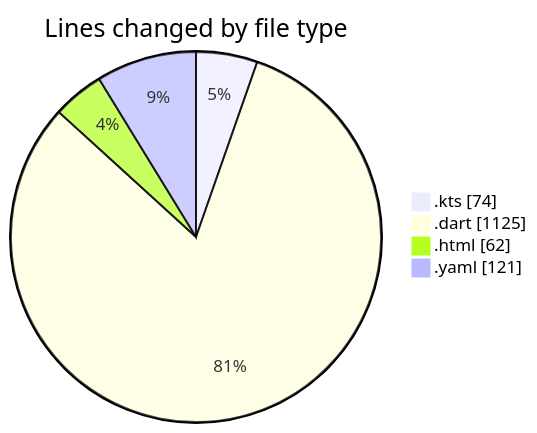
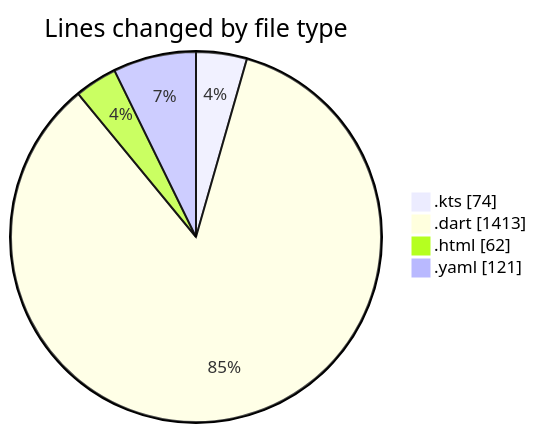
Before and after one commit to lephambinh05/code-tracking: the first of 2 diagrams in 2025-08-03/studybuddy/README.md, drawn with Mermaid. The commit also changed other lines of this file and 1 other file, not shown here.

````diff
--- a/2025-08-03/studybuddy/README.md
+++ b/2025-08-03/studybuddy/README.md
@@ -31,8 +33,8 @@
 ```mermaid
 pie showData
 title Lines changed by file type
 ".kts" : 74
-".dart" : 1125
+".dart" : 1413
 ".html" : 62
 ".yaml" : 121
 ```
````
